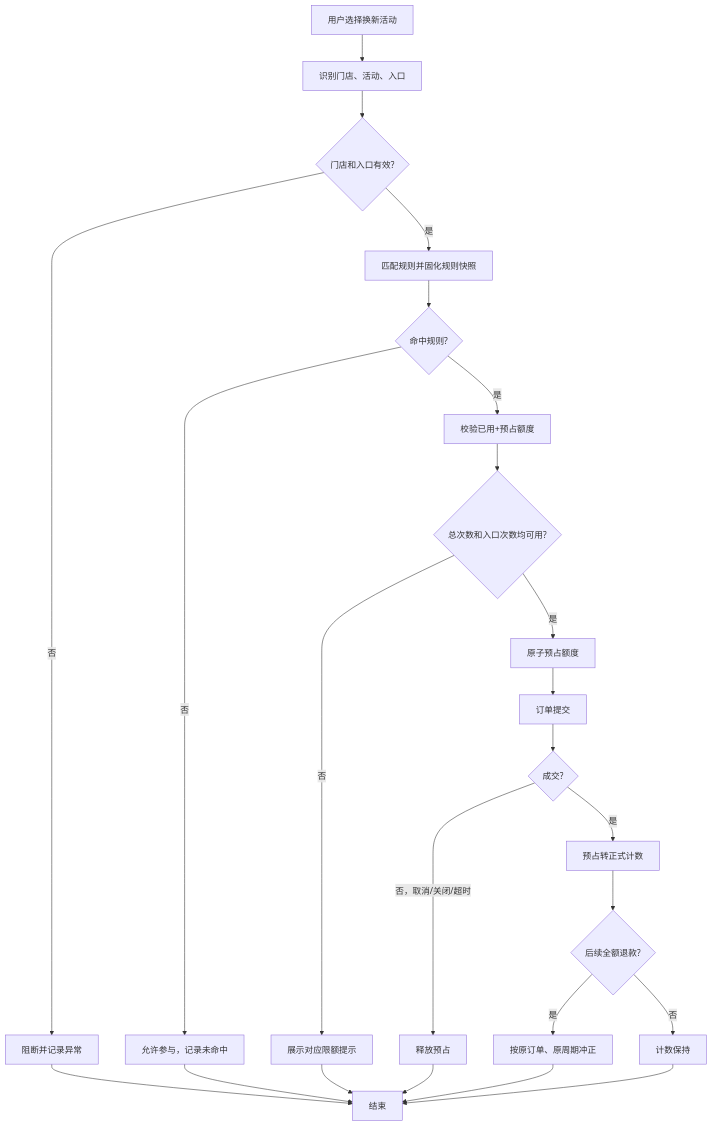
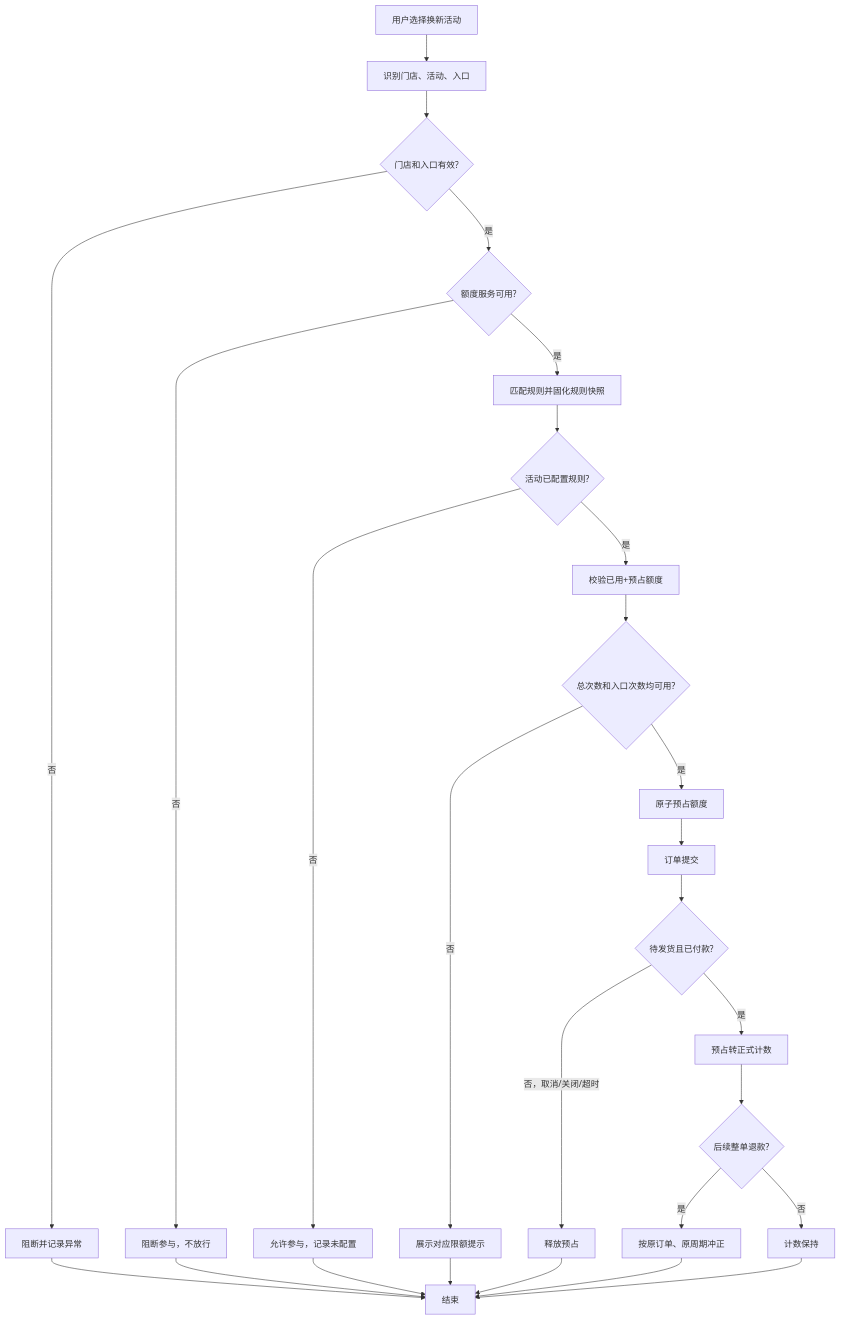
Before and after one commit to HBicon/renewal-activity-quota-review: the diagram in prd.md, drawn with Mermaid. The commit also changed other lines of this file and 7 other files, not shown here.

````diff
--- a/prd.md
+++ b/prd.md
@@ -314,26 +316,29 @@
 ```mermaid
 flowchart TD
     A[用户选择换新活动] --> B[识别门店、活动、入口]
     B --> C{门店和入口有效?}
     C -- 否 --> C1[阻断并记录异常]
-    C -- 是 --> D[匹配规则并固化规则快照]
-    D --> E{命中规则?}
-    E -- 否 --> F[允许参与，记录未命中]
-    E -- 是 --> G[校验已用+预占额度]
+    C -- 是 --> D{额度服务可用?}
+    D -- 否 --> D1[阻断参与，不放行]
+    D -- 是 --> E[匹配规则并固化规则快照]
+    E --> F{活动已配置规则?}
+    F -- 否 --> F1[允许参与，记录未配置]
+    F -- 是 --> G[校验已用+预占额度]
     G --> H{总次数和入口次数均可用?}
     H -- 否 --> H1[展示对应限额提示]
     H -- 是 --> I[原子预占额度]
     I --> J[订单提交]
-    J --> K{成交?}
+    J --> K{待发货且已付款?}
     K -- 否，取消/关闭/超时 --> L[释放预占]
     K -- 是 --> M[预占转正式计数]
-    M --> N{后续全额退款?}
+    M --> N{后续整单退款?}
     N -- 是 --> O[按原订单、原周期冲正]
     N -- 否 --> P[计数保持]
     L --> Q[结束]
     H1 --> Q
     C1 --> Q
-    F --> Q
+    F1 --> Q
+    D1 --> Q
     O --> Q
     P --> Q
 ```
````
